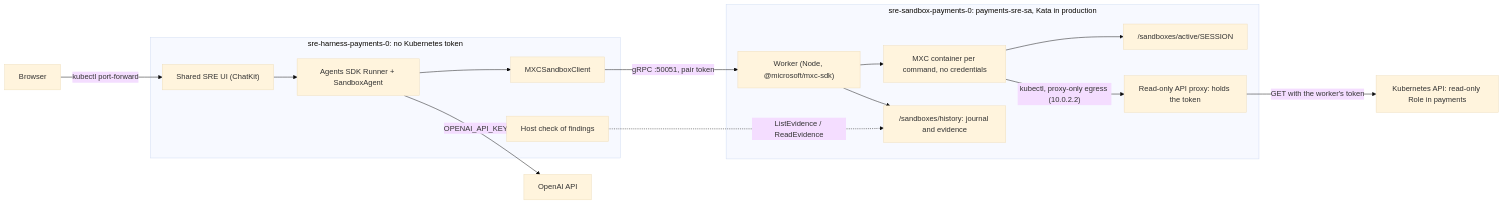
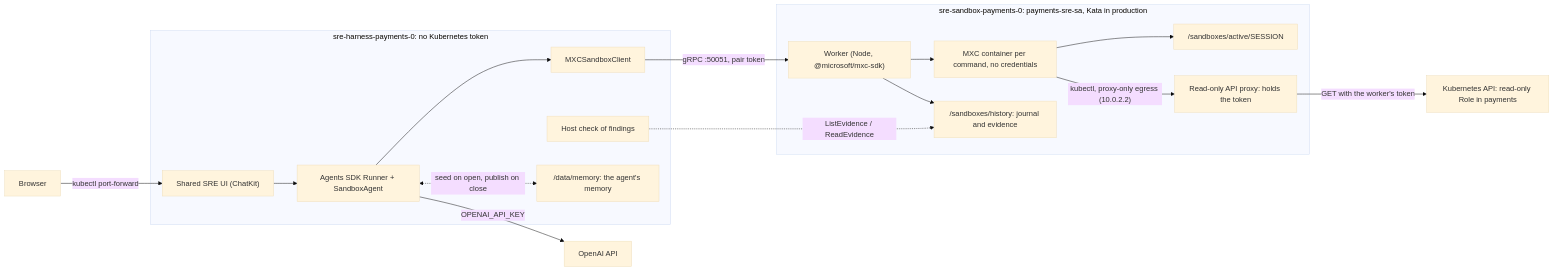
Before and after one commit to SatyKrish/openai-agent-microsandbox: the diagram in docs/architecture.md, drawn with Mermaid (base theme). The commit also changed other lines of this file and 59 other files, not shown here.

````diff
--- a/docs/architecture.md
+++ b/docs/architecture.md
@@ -11,20 +11,22 @@
 ```mermaid
 flowchart LR
     Browser -->|kubectl port-forward| UI
     subgraph Harness["sre-harness-payments-0: no Kubernetes token"]
         UI["Shared SRE UI (ChatKit)"] --> Loop["Agents SDK Runner + SandboxAgent"]
         Loop --> Client["MXCSandboxClient"]
         Check["Host check of findings"]
+        Memory["/data/memory: the agent's memory"]
+        Loop <-.->|"seed on open, publish on close"| Memory
     end
     Loop -->|"OPENAI_API_KEY"| API["OpenAI API"]
     Client -->|"gRPC :50051, pair token"| Worker
     subgraph Sandbox["sre-sandbox-payments-0: payments-sre-sa, Kata in production"]
         Worker["Worker (Node, @microsoft/mxc-sdk)"]
         Worker --> Container["MXC container per command, no credentials"]
         Worker --> Journal["/sandboxes/history: journal and evidence"]
         Container --> Workspace["/sandboxes/active/SESSION"]
         Container -->|"kubectl, proxy-only egress (10.0.2.2)"| Proxy["Read-only API proxy: holds the token"]
     end
     Proxy -->|"GET with the worker's token"| K8s["Kubernetes API: read-only Role in payments"]
     Check -.->|"ListEvidence / ReadEvidence"| Journal
 ```
````
